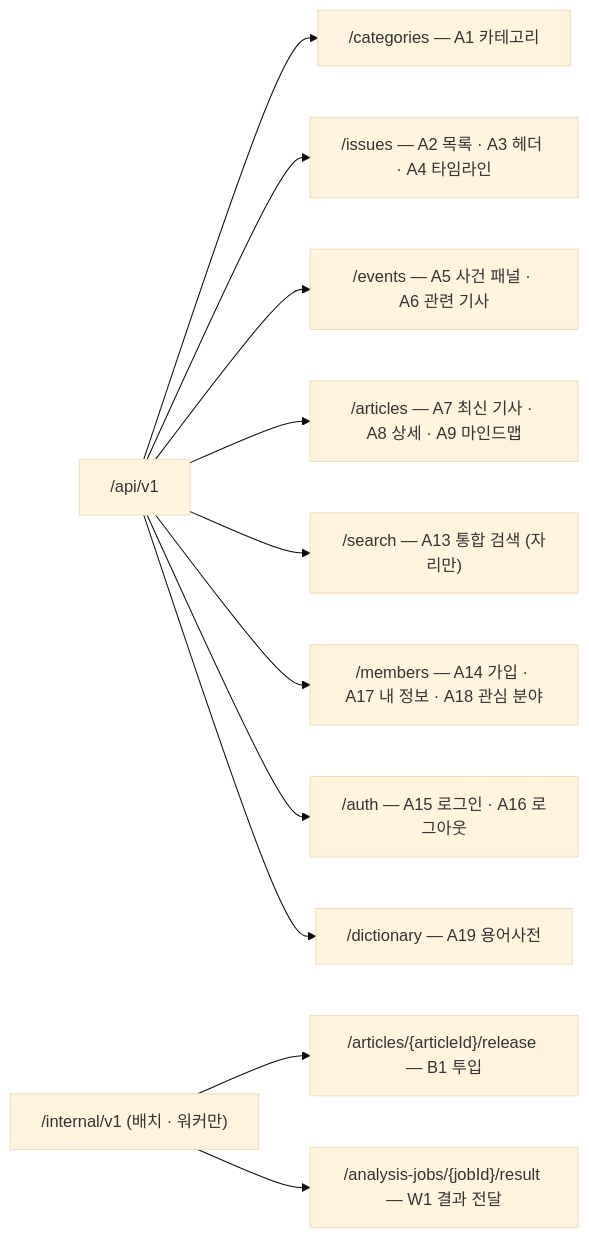
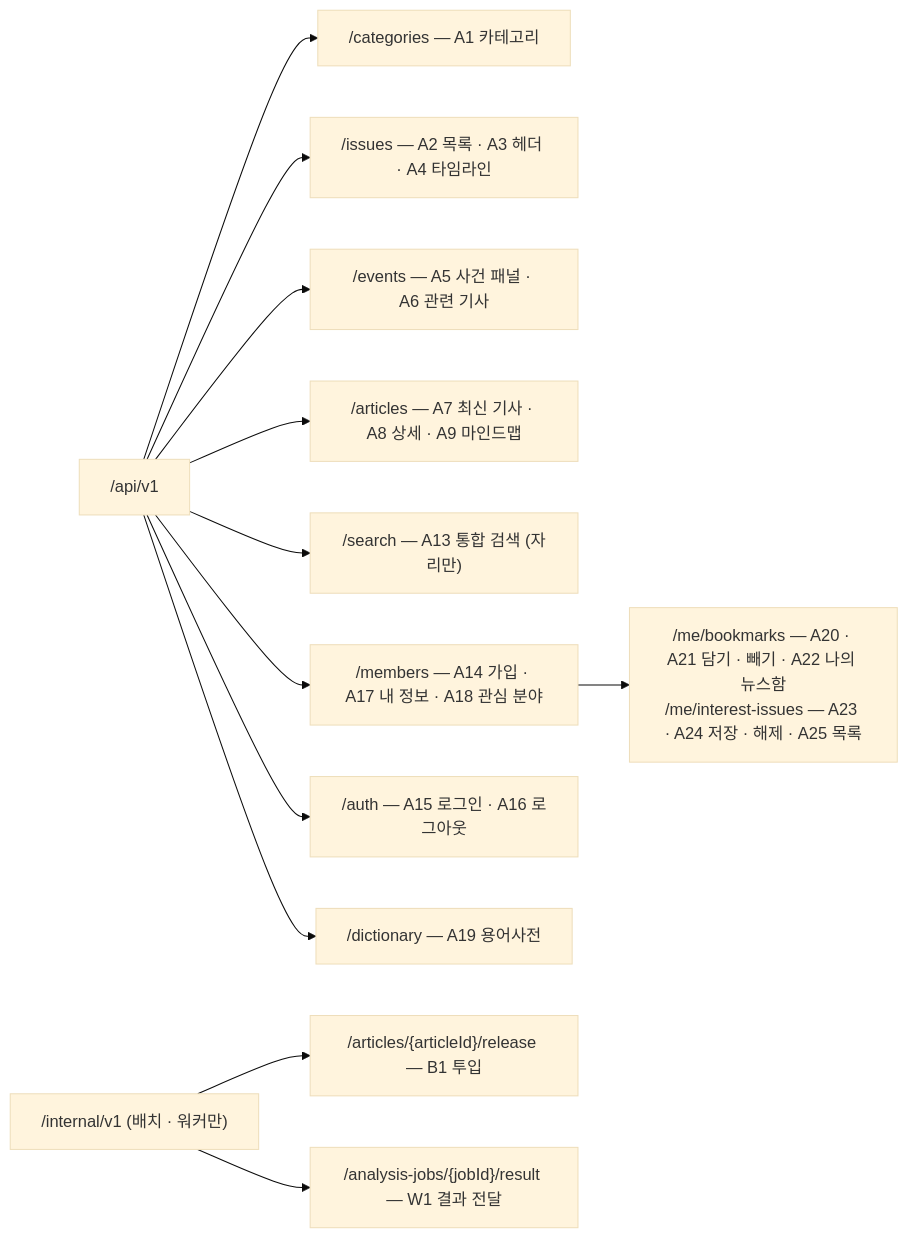
Before and after one commit to a102-NEWLEARN/NEW-LEARN: the third of 5 diagrams in docs/api.md, drawn with Mermaid (base theme). The commit also changed other lines of this file and 5 other files, not shown here.

````diff
--- a/docs/api.md
+++ b/docs/api.md
@@ -164,13 +165,14 @@
 ```mermaid
 flowchart LR
   R["/api/v1"] --> C["/categories — A1 카테고리"]
   R --> I["/issues — A2 목록 · A3 헤더 · A4 타임라인"]
   R --> E["/events — A5 사건 패널 · A6 관련 기사"]
   R --> AR["/articles — A7 최신 기사 · A8 상세 · A9 마인드맵"]
   R --> Q["/search — A13 통합 검색 (자리만)"]
   R --> M["/members — A14 가입 · A17 내 정보 · A18 관심 분야"]
+  M --> MS["/me/bookmarks — A20 · A21 담기 · 빼기 · A22 나의 뉴스함<br/>/me/interest-issues — A23 · A24 저장 · 해제 · A25 목록"]
   R --> AU["/auth — A15 로그인 · A16 로그아웃"]
   R --> D["/dictionary — A19 용어사전"]
   R2["/internal/v1 (배치 · 워커만)"] --> B1["/articles/{articleId}/release — B1 투입"]
   R2 --> W1["/analysis-jobs/{jobId}/result — W1 결과 전달"]
 ```
````
